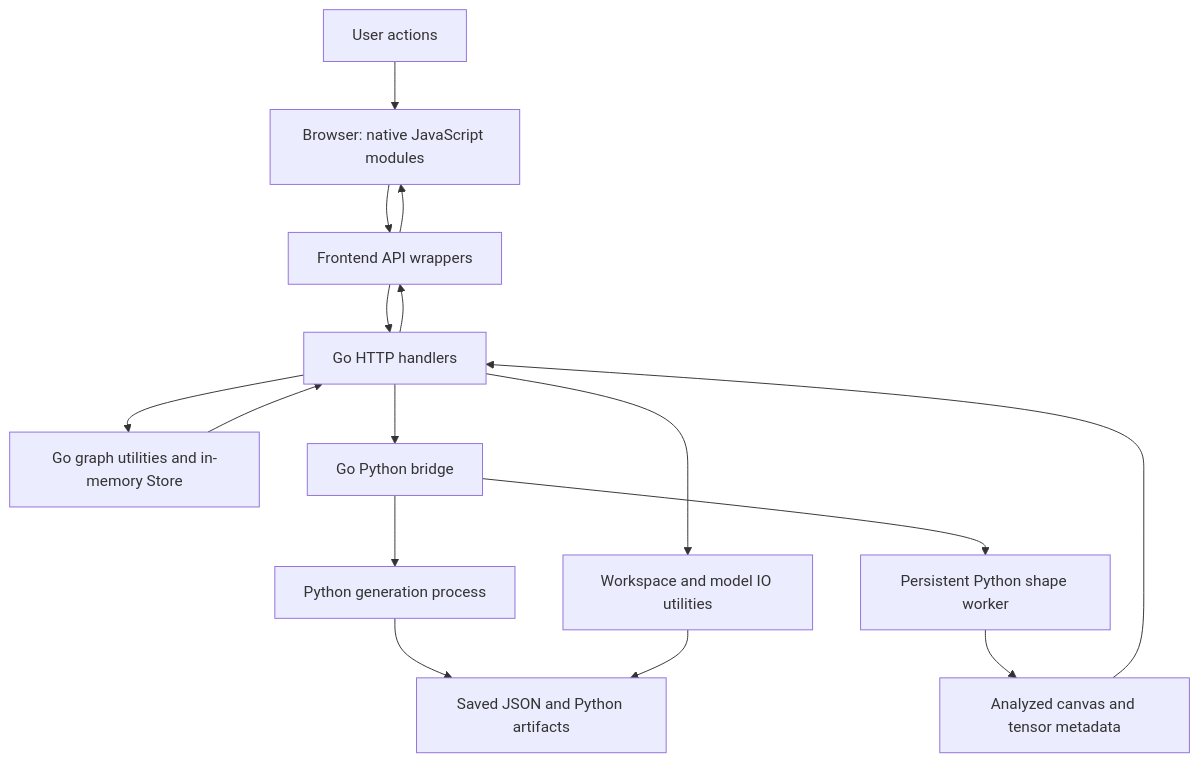
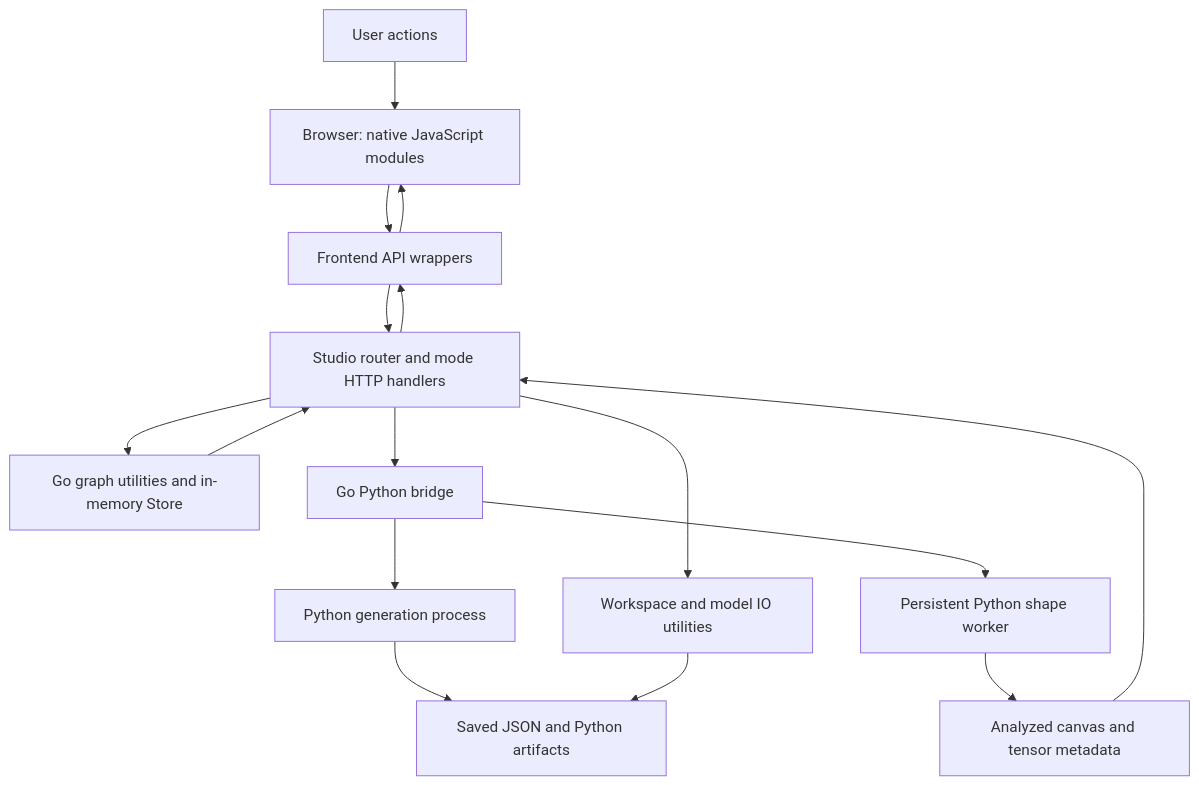
Before and after one commit to hoanganhvt/Ein-Theater: the first of 3 diagrams in document.md, drawn with Mermaid. The commit also changed other lines of this file and 72 other files, not shown here.

````diff
--- a/document.md
+++ b/document.md
@@ -14,18 +14,18 @@
 ```mermaid
 flowchart TD
     User[User actions] --> UI[Browser: native JavaScript modules]
     UI --> API[Frontend API wrappers]
-    API --> HTTP[Go HTTP handlers]
+    API --> HTTP[Studio router and mode HTTP handlers]
     HTTP --> Graph[Go graph utilities and in-memory Store]
     HTTP --> Files[Workspace and model IO utilities]
     HTTP --> Bridge[Go Python bridge]
     Bridge --> Shapes[Persistent Python shape worker]
     Bridge --> Save[Python generation process]
     Shapes --> Result[Analyzed canvas and tensor metadata]
     Result --> HTTP
     Save --> Disk[Saved JSON and Python artifacts]
     Files --> Disk
     Graph --> HTTP
     HTTP --> API
     API --> UI
 ```
````
